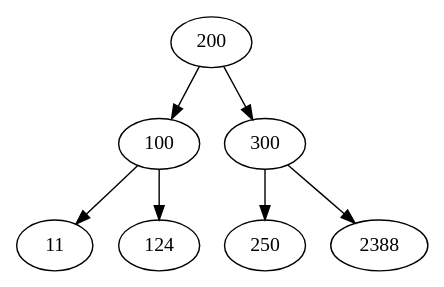
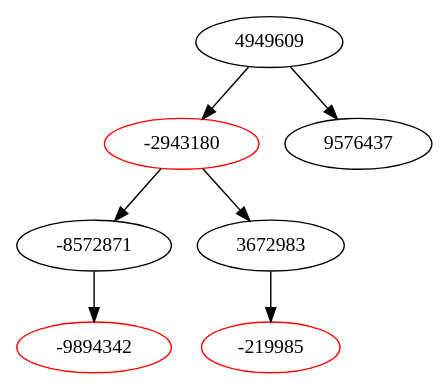
The diagram in output.dot (chopikus/ll-rb-tree), drawn with Graphviz before and after one commit. The commit also changed 6 other files, not shown here.

```diff
--- a/output.dot
+++ b/output.dot
@@ -1,15 +1,15 @@
 digraph g {
-B [label=200, color = BLACK] 
-A [label=100, color = BLACK] 
-B-> A
-H [label=11, color = BLACK] 
-A-> H
-F [label=124, color = BLACK] 
-A-> F
-D [label=300, color = BLACK] 
-B-> D
-E [label=250, color = BLACK] 
-D-> E
-G [label=2388, color = BLACK] 
+D [label=4949609, color = BLACK] 
+G [label=-2943180, color = RED] 
 D-> G
+H [label=-8572871, color = BLACK] 
+G-> H
+J [label=-9894342, color = RED] 
+H-> J
+E [label=3672983, color = BLACK] 
+G-> E
+I [label=-219985, color = RED] 
+E-> I
+F [label=9576437, color = BLACK] 
+D-> F
 }
```
